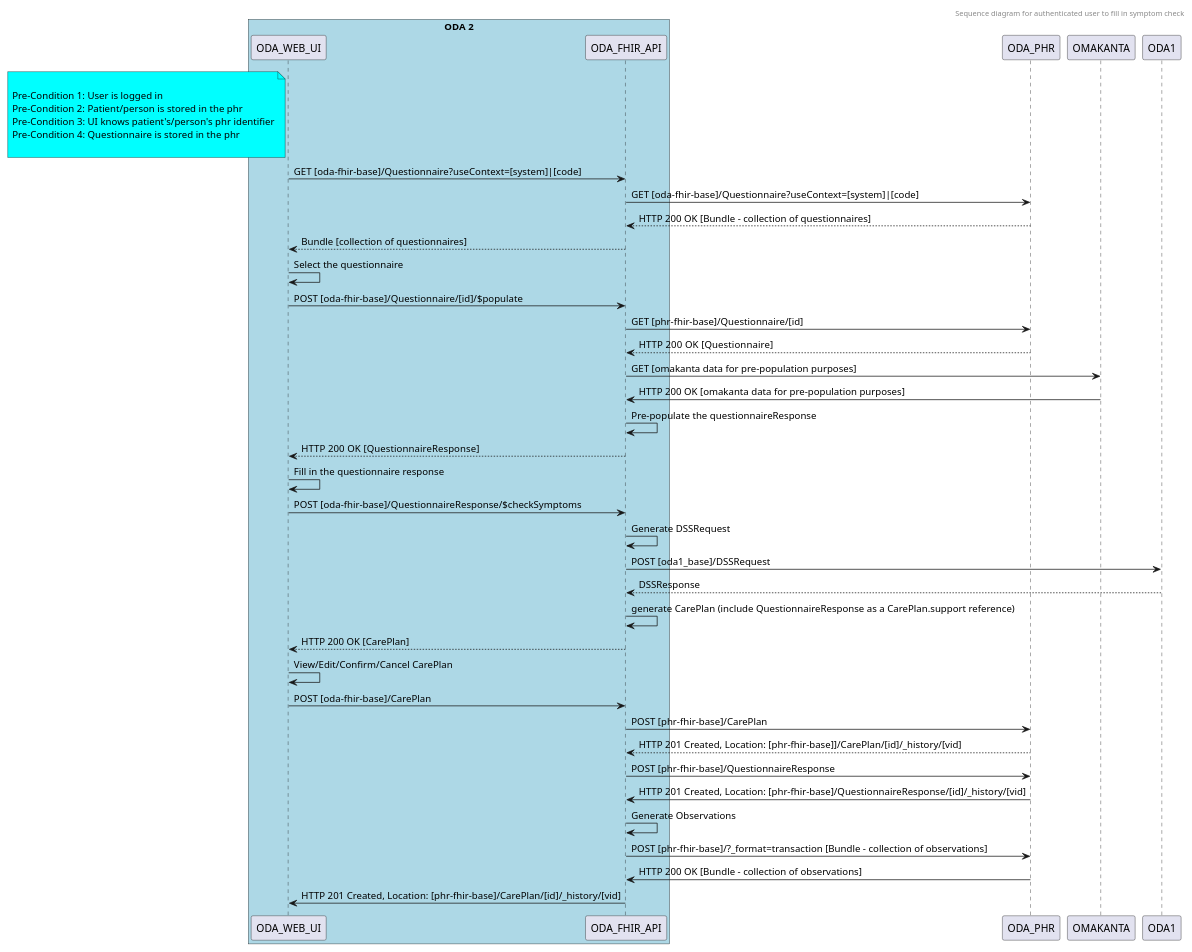
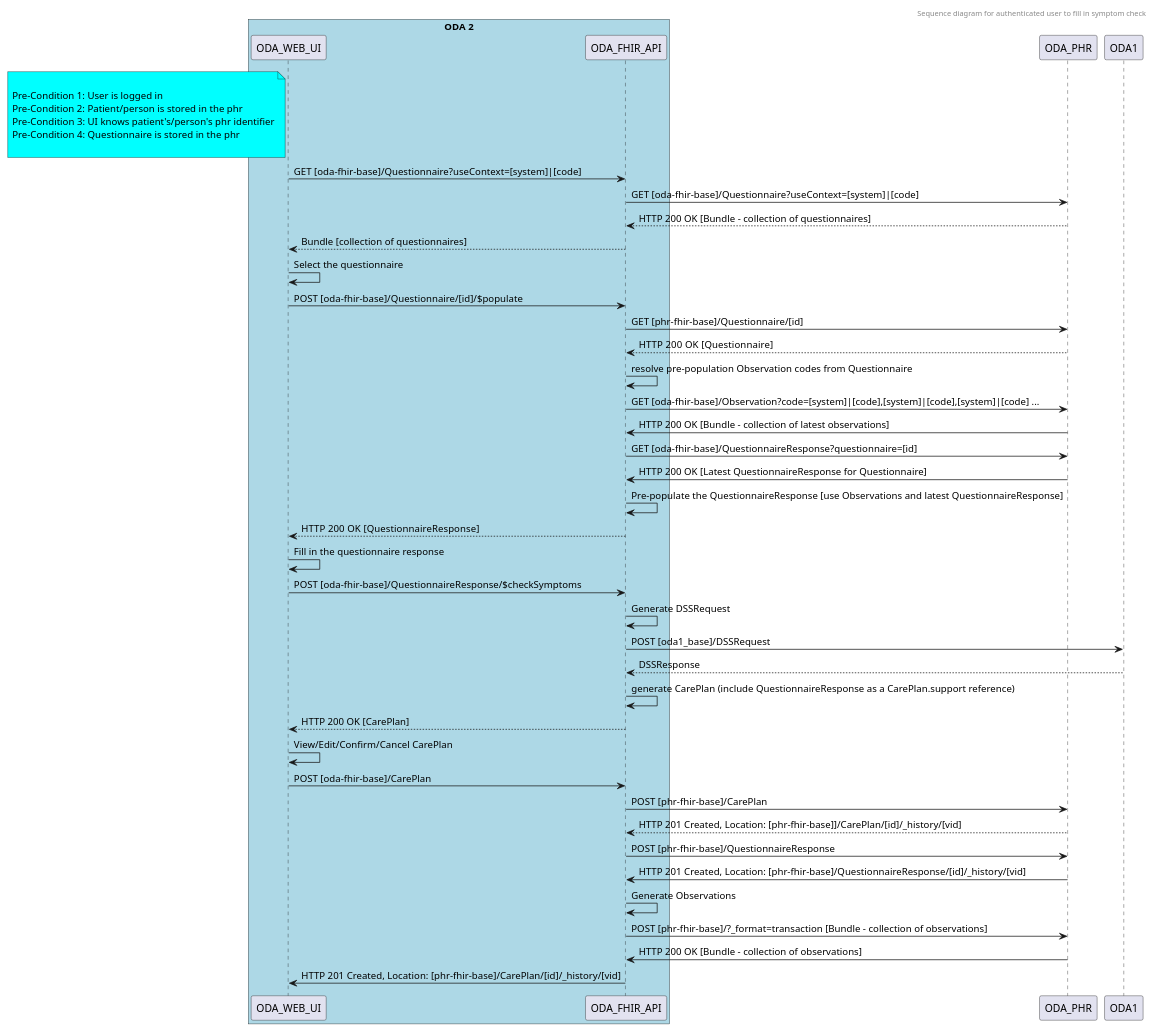
The diagram in sequence-diagrams/symptom-check-authenticated-user.puml (ruoat/definitions), drawn with PlantUML before and after one commit. The commit also changed 1 other file, not shown here.

Commit message:
Add get pre-population data from Omakanta omatietovaranto (kela-phr or oda-phr) to symptom check activity diagram

```diff
--- a/sequence-diagrams/symptom-check-authenticated-user.puml
+++ b/sequence-diagrams/symptom-check-authenticated-user.puml
@@ -1,57 +1,60 @@
 @startuml
 header
 Sequence diagram for authenticated user to fill in symptom check
 endheader
 
 participant ODA_WEB_UI
 participant ODA_FHIR_API
 
 note left of ODA_WEB_UI #aqua
 
 Pre-Condition 1: User is logged in
 Pre-Condition 2: Patient/person is stored in the phr
 Pre-Condition 3: UI knows patient's/person's phr identifier
 Pre-Condition 4: Questionnaire is stored in the phr
 
 end note
 
 box "ODA 2" #LightBlue
 	participant ODA_WEB_UI
 	participant ODA_FHIR_API
 end box
 
 ODA_WEB_UI -> ODA_FHIR_API: GET [oda-fhir-base]/Questionnaire?useContext=[system]|[code]
 ODA_FHIR_API -> ODA_PHR: GET [oda-fhir-base]/Questionnaire?useContext=[system]|[code]
 ODA_FHIR_API <-- ODA_PHR: HTTP 200 OK [Bundle - collection of questionnaires]
 ODA_WEB_UI <-- ODA_FHIR_API: Bundle [collection of questionnaires]
 
 ODA_WEB_UI -> ODA_WEB_UI: Select the questionnaire
 ODA_WEB_UI -> ODA_FHIR_API: POST [oda-fhir-base]/Questionnaire/[id]/$populate
 ODA_FHIR_API -> ODA_PHR: GET [phr-fhir-base]/Questionnaire/[id]
 ODA_FHIR_API <-- ODA_PHR: HTTP 200 OK  [Questionnaire]
 
-ODA_FHIR_API -> OMAKANTA: GET [omakanta data for pre-population purposes]
-ODA_FHIR_API <- OMAKANTA: HTTP 200 OK [omakanta data for pre-population purposes]
-ODA_FHIR_API -> ODA_FHIR_API: Pre-populate the questionnaireResponse
+ODA_FHIR_API -> ODA_FHIR_API: resolve pre-population Observation codes from Questionnaire
+ODA_FHIR_API -> ODA_PHR: GET [oda-fhir-base]/Observation?code=[system]|[code],[system]|[code],[system]|[code] ...
+ODA_FHIR_API <- ODA_PHR: HTTP 200 OK [Bundle - collection of latest observations]
+ODA_FHIR_API -> ODA_PHR: GET [oda-fhir-base]/QuestionnaireResponse?questionnaire=[id]
+ODA_FHIR_API <- ODA_PHR: HTTP 200 OK [Latest QuestionnaireResponse for Questionnaire]
+ODA_FHIR_API -> ODA_FHIR_API: Pre-populate the QuestionnaireResponse [use Observations and latest QuestionnaireResponse]
 
 ODA_WEB_UI <-- ODA_FHIR_API: HTTP 200 OK  [QuestionnaireResponse]
 
 ODA_WEB_UI -> ODA_WEB_UI: Fill in the questionnaire response
 ODA_WEB_UI -> ODA_FHIR_API: POST [oda-fhir-base]/QuestionnaireResponse/$checkSymptoms
 ODA_FHIR_API -> ODA_FHIR_API: Generate DSSRequest
 ODA_FHIR_API -> ODA1: POST [oda1_base]/DSSRequest
 ODA_FHIR_API <-- ODA1: DSSResponse
 ODA_FHIR_API -> ODA_FHIR_API: generate CarePlan (include QuestionnaireResponse as a CarePlan.support reference)
 ODA_WEB_UI <-- ODA_FHIR_API: HTTP 200 OK [CarePlan]
 
 ODA_WEB_UI -> ODA_WEB_UI: View/Edit/Confirm/Cancel CarePlan
 ODA_WEB_UI -> ODA_FHIR_API: POST [oda-fhir-base]/CarePlan
 ODA_FHIR_API -> ODA_PHR: POST [phr-fhir-base]/CarePlan
 ODA_FHIR_API <-- ODA_PHR: HTTP 201 Created, Location: [phr-fhir-base]]/CarePlan/[id]/_history/[vid]
 ODA_FHIR_API -> ODA_PHR: POST [phr-fhir-base]/QuestionnaireResponse
 ODA_FHIR_API <- ODA_PHR: HTTP 201 Created, Location: [phr-fhir-base]/QuestionnaireResponse/[id]/_history/[vid]
 ODA_FHIR_API -> ODA_FHIR_API: Generate Observations
 ODA_FHIR_API -> ODA_PHR: POST [phr-fhir-base]/?_format=transaction [Bundle - collection of observations]
 ODA_FHIR_API <- ODA_PHR: HTTP 200 OK [Bundle - collection of observations]
 ODA_WEB_UI <- ODA_FHIR_API: HTTP 201 Created, Location: [phr-fhir-base]/CarePlan/[id]/_history/[vid]
 @enduml
```
